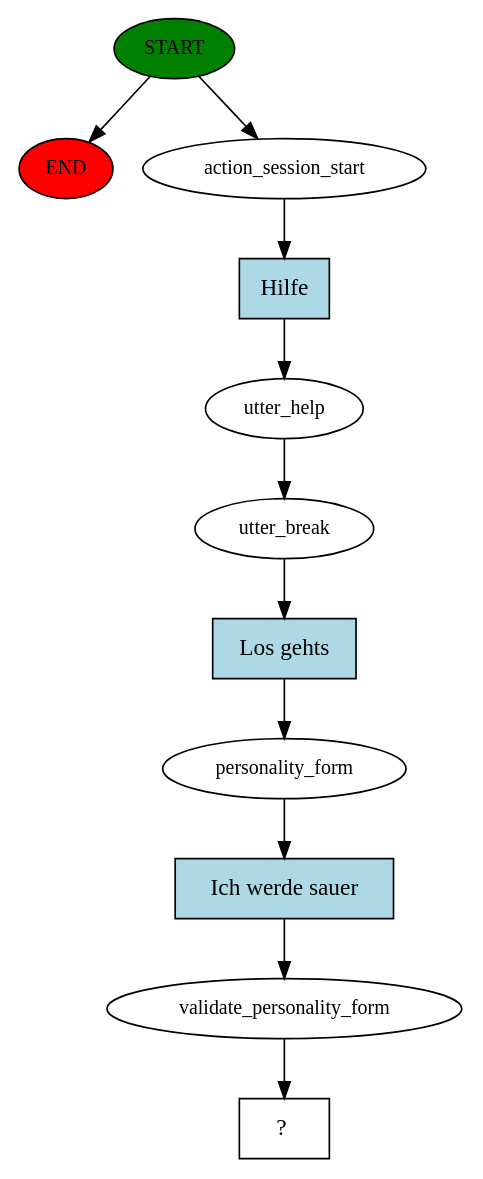
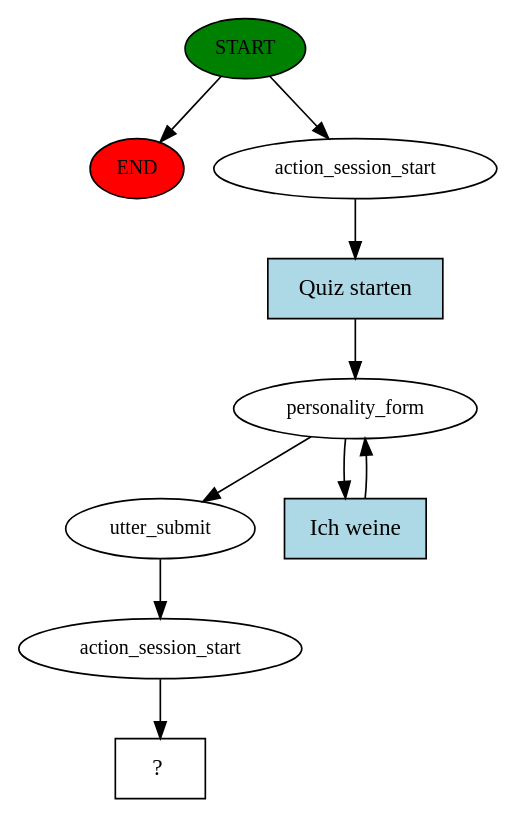
The diagram in rasa-bot/story_graph.dot (benitadietrich/chatbot-prototype), drawn with Graphviz before and after one commit. The commit also changed 39 other files, not shown here.

```diff
--- a/rasa-bot/story_graph.dot
+++ b/rasa-bot/story_graph.dot
@@ -1,23 +1,20 @@
 digraph  {
 0 [class="start active", fillcolor=green, fontsize=12, label=START, style=filled];
 "-1" [class=end, fillcolor=red, fontsize=12, label=END, style=filled];
 1 [class=active, fontsize=12, label=action_session_start];
-2 [class=active, fontsize=12, label=utter_help];
-3 [class=active, fontsize=12, label=utter_break];
-4 [class=active, fontsize=12, label=personality_form];
-5 [class=active, fontsize=12, label=validate_personality_form];
+2 [class=active, fontsize=12, label=personality_form];
+4 [class=active, fontsize=12, label=utter_submit];
+5 [class=active, fontsize=12, label=action_session_start];
 6 [class="intent dashed active", label="  ?  ", shape=rect];
-7 [class="intent active", fillcolor=lightblue, label=Hilfe, shape=rect, style=filled];
-8 [class="intent active", fillcolor=lightblue, label="Los gehts", shape=rect, style=filled];
-9 [class="intent active", fillcolor=lightblue, label="Ich werde sauer", shape=rect, style=filled];
+7 [class="intent active", fillcolor=lightblue, label="Quiz starten", shape=rect, style=filled];
+8 [class="intent active", fillcolor=lightblue, label="Ich weine", shape=rect, style=filled];
 0 -> "-1"  [class="", key=NONE, label=""];
 0 -> 1  [class=active, key=NONE, label=""];
 1 -> 7  [class=active, key=0];
-2 -> 3  [class=active, key=NONE, label=""];
-3 -> 8  [class=active, key=0];
-4 -> 9  [class=active, key=0];
+2 -> 4  [class=active, key=NONE, label=""];
+2 -> 8  [class=active, key=0];
+4 -> 5  [class=active, key=NONE, label=""];
 5 -> 6  [class=active, key=NONE, label=""];
 7 -> 2  [class=active, key=0];
-8 -> 4  [class=active, key=0];
-9 -> 5  [class=active, key=0];
+8 -> 2  [class=active, key=0];
 }
```
